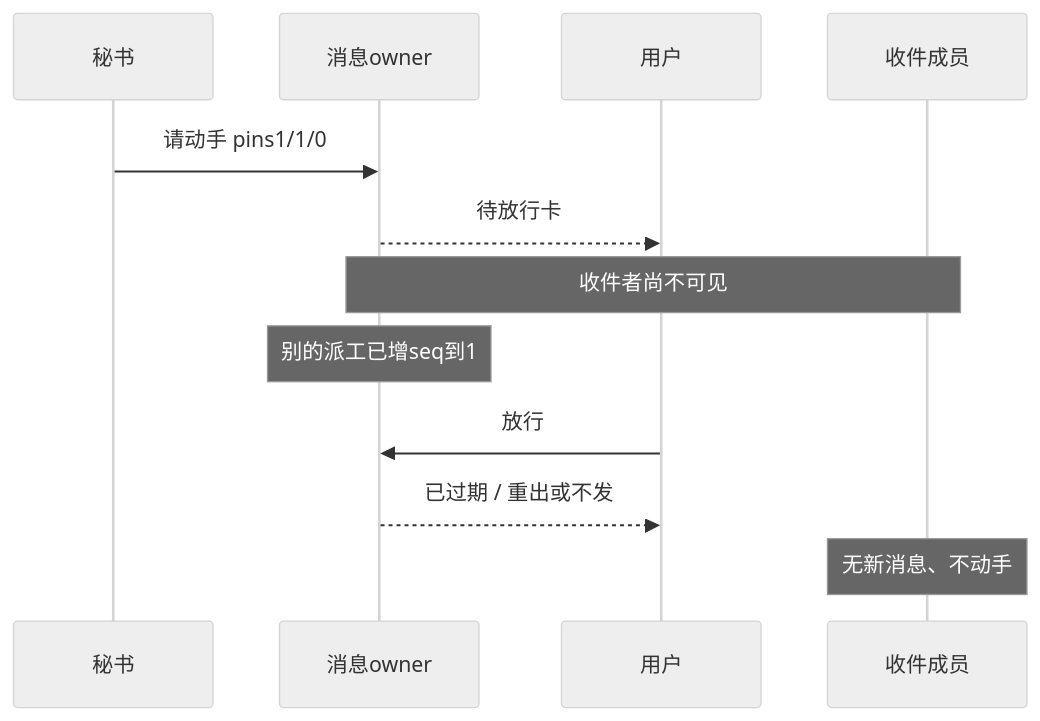
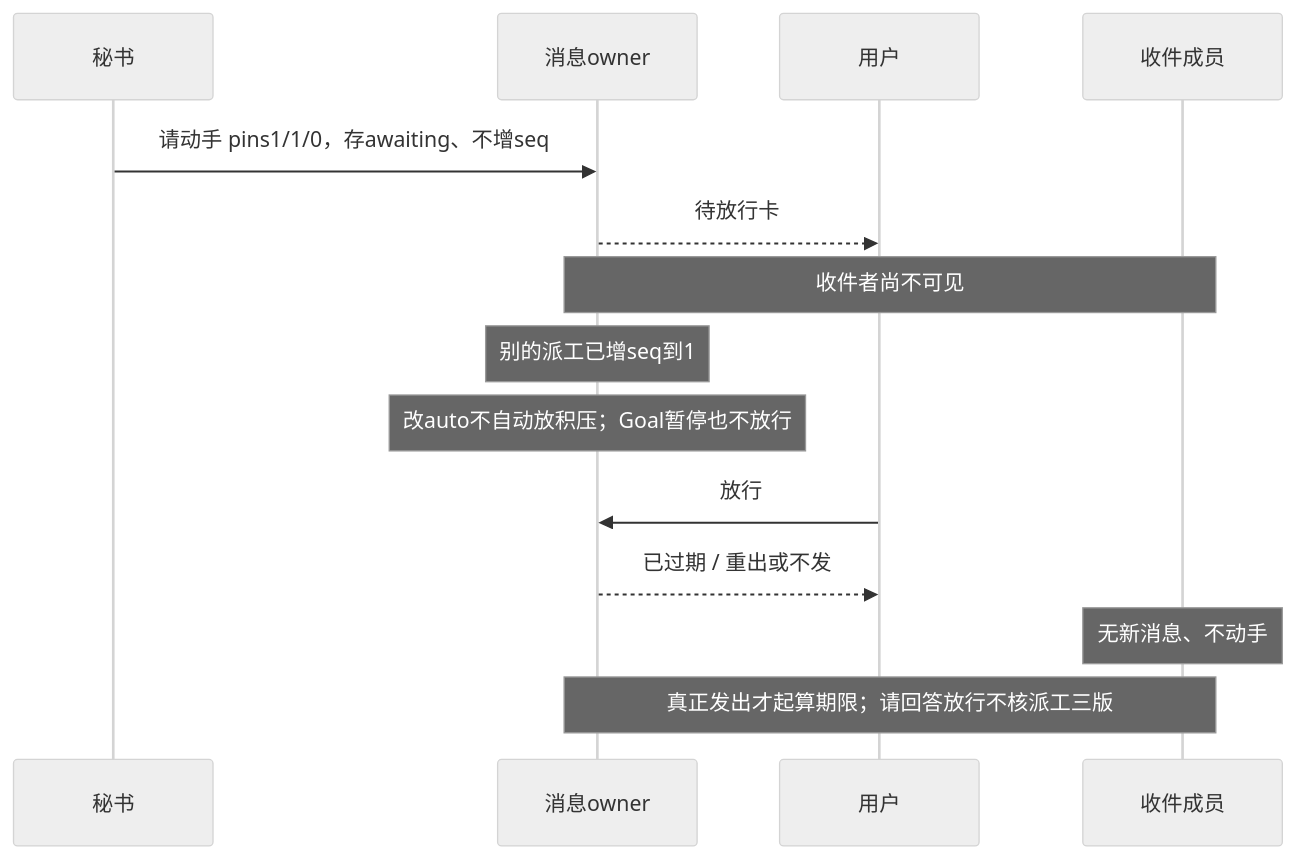
Diagram 13 of 24 in docs/refactor/design/orchestration-2026-10/model/DIAGRAMS.md (hk865/coding-platform), drawn with Mermaid (neutral theme) before and after one commit. The commit also changed other lines of this file and 1 other file, not shown here.

First line of the commit message:
docs: freeze the wiring-2 spec (U1 = 甲, L10–L12, test-driven section 5) and bring DIAGRAMS up to decisions 42–49

````diff
--- a/docs/refactor/design/orchestration-2026-10/model/DIAGRAMS.md
+++ b/docs/refactor/design/orchestration-2026-10/model/DIAGRAMS.md
@@ -316,14 +494,16 @@
 ```mermaid
 sequenceDiagram
   participant S as 秘书
   participant M as 消息owner
   participant U as 用户
   participant E as 收件成员
-  S->>M: 请动手 pins1/1/0
+  S->>M: 请动手 pins1/1/0，存awaiting、不增seq
   M-->>U: 待放行卡
   Note over M,E: 收件者尚不可见
   Note over M: 别的派工已增seq到1
+  Note over M: 改auto不自动放积压；Goal暂停也不放行
   U->>M: 放行
   M-->>U: 已过期 / 重出或不发
   Note over E: 无新消息、不动手
+  Note over M,E: 真正发出才起算期限；请回答放行不核派工三版
 ```
````
